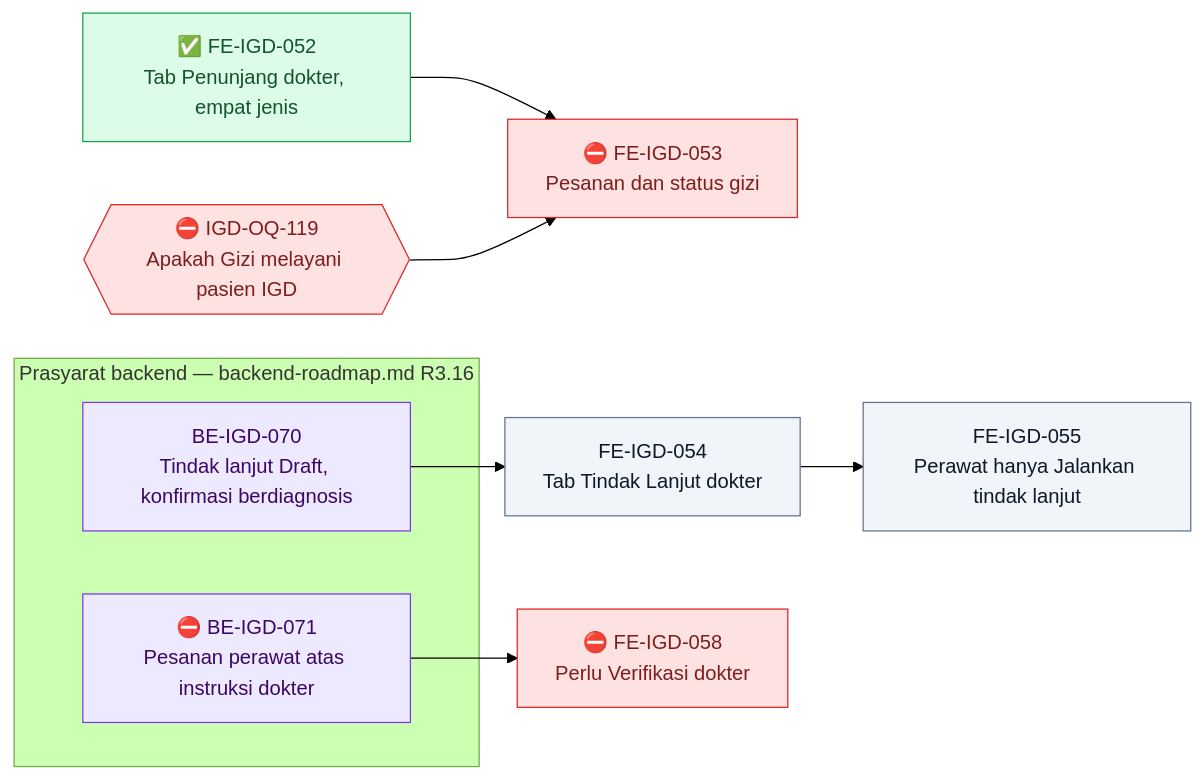
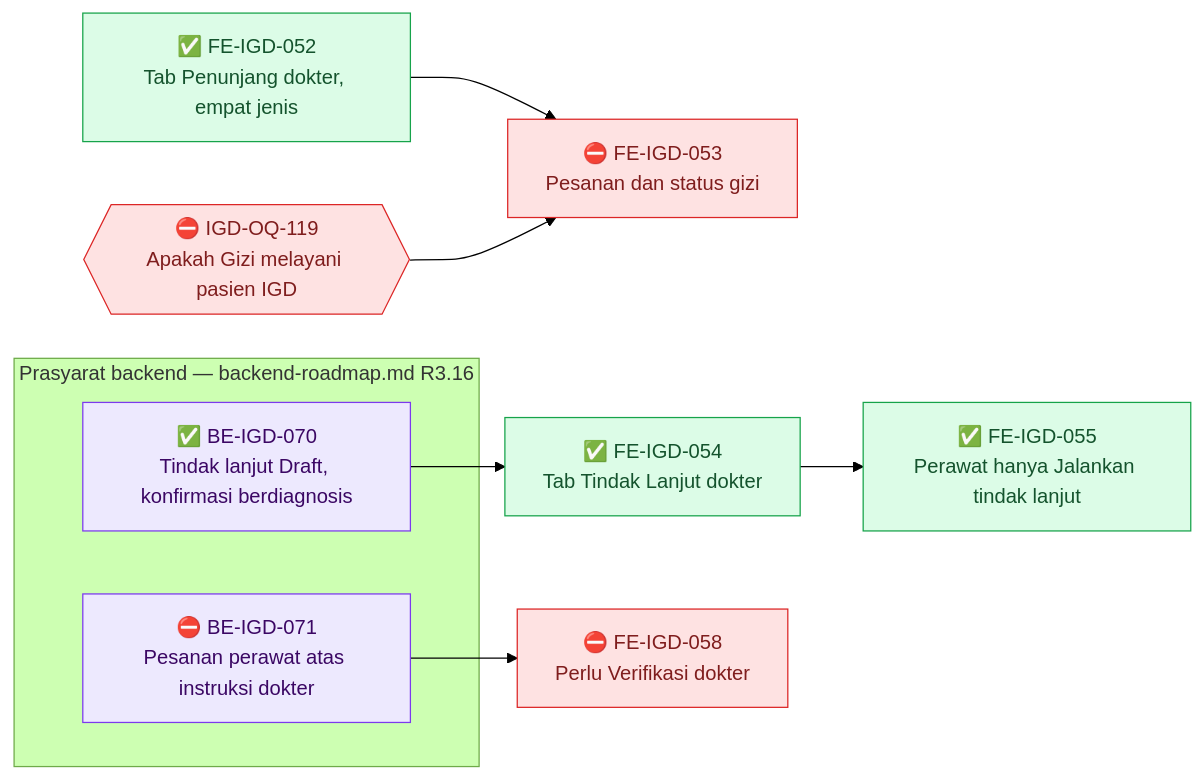
Before and after one commit to DevBenari/NewQuilvianSystemBackend: diagram 17 of 19 in docs/module-blueprints/igd/roadmap/frontend-roadmap.md, drawn with Mermaid (forest theme). The commit also changed other lines of this file and 10 other files, not shown here.

````diff
--- a/docs/module-blueprints/igd/roadmap/frontend-roadmap.md
+++ b/docs/module-blueprints/igd/roadmap/frontend-roadmap.md
@@ -2157,26 +2157,26 @@
 ```mermaid
 flowchart LR
     classDef selesai fill:#DCFCE7,stroke:#16A34A,color:#14532D
     classDef sebagian fill:#FEF9C3,stroke:#CA8A04,color:#713F12
     classDef terblokir fill:#FEE2E2,stroke:#DC2626,color:#7F1D1D
     classDef belum fill:#F1F5F9,stroke:#64748B,color:#0F172A
     classDef luar fill:#EDE9FE,stroke:#7C3AED,color:#3B0764
 
     subgraph backend1403["Prasyarat backend — backend-roadmap.md R3.16"]
-        BEIGD070D["BE-IGD-070<br/>Tindak lanjut Draft, konfirmasi berdiagnosis"]:::luar
+        BEIGD070D["✅ BE-IGD-070<br/>Tindak lanjut Draft, konfirmasi berdiagnosis"]:::luar
         BEIGD071D["⛔ BE-IGD-071<br/>Pesanan perawat atas instruksi dokter"]:::luar
     end
 
     OQIGD119{{"⛔ IGD-OQ-119<br/>Apakah Gizi melayani pasien IGD"}}:::terblokir
     FEIGD052["✅ FE-IGD-052<br/>Tab Penunjang dokter, empat jenis"]:::selesai
     FEIGD053["⛔ FE-IGD-053<br/>Pesanan dan status gizi"]:::terblokir
-    FEIGD054["FE-IGD-054<br/>Tab Tindak Lanjut dokter"]:::belum
-    FEIGD055["FE-IGD-055<br/>Perawat hanya Jalankan tindak lanjut"]:::belum
+    FEIGD054["✅ FE-IGD-054<br/>Tab Tindak Lanjut dokter"]:::selesai
+    FEIGD055["✅ FE-IGD-055<br/>Perawat hanya Jalankan tindak lanjut"]:::selesai
     FEIGD058["⛔ FE-IGD-058<br/>Perlu Verifikasi dokter"]:::terblokir
 
     FEIGD052 --> FEIGD053
     OQIGD119 --> FEIGD053
     BEIGD070D --> FEIGD054
     FEIGD054 --> FEIGD055
     BEIGD071D --> FEIGD058
 ```
````
